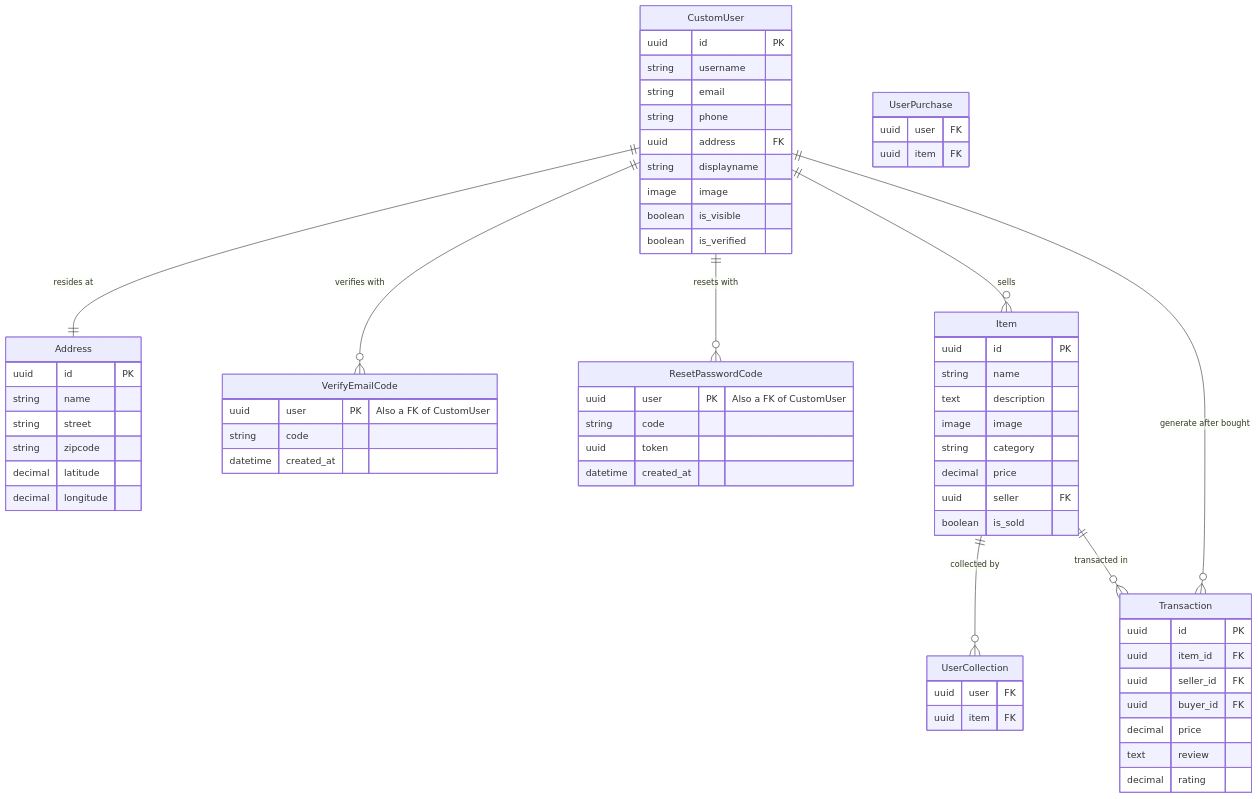
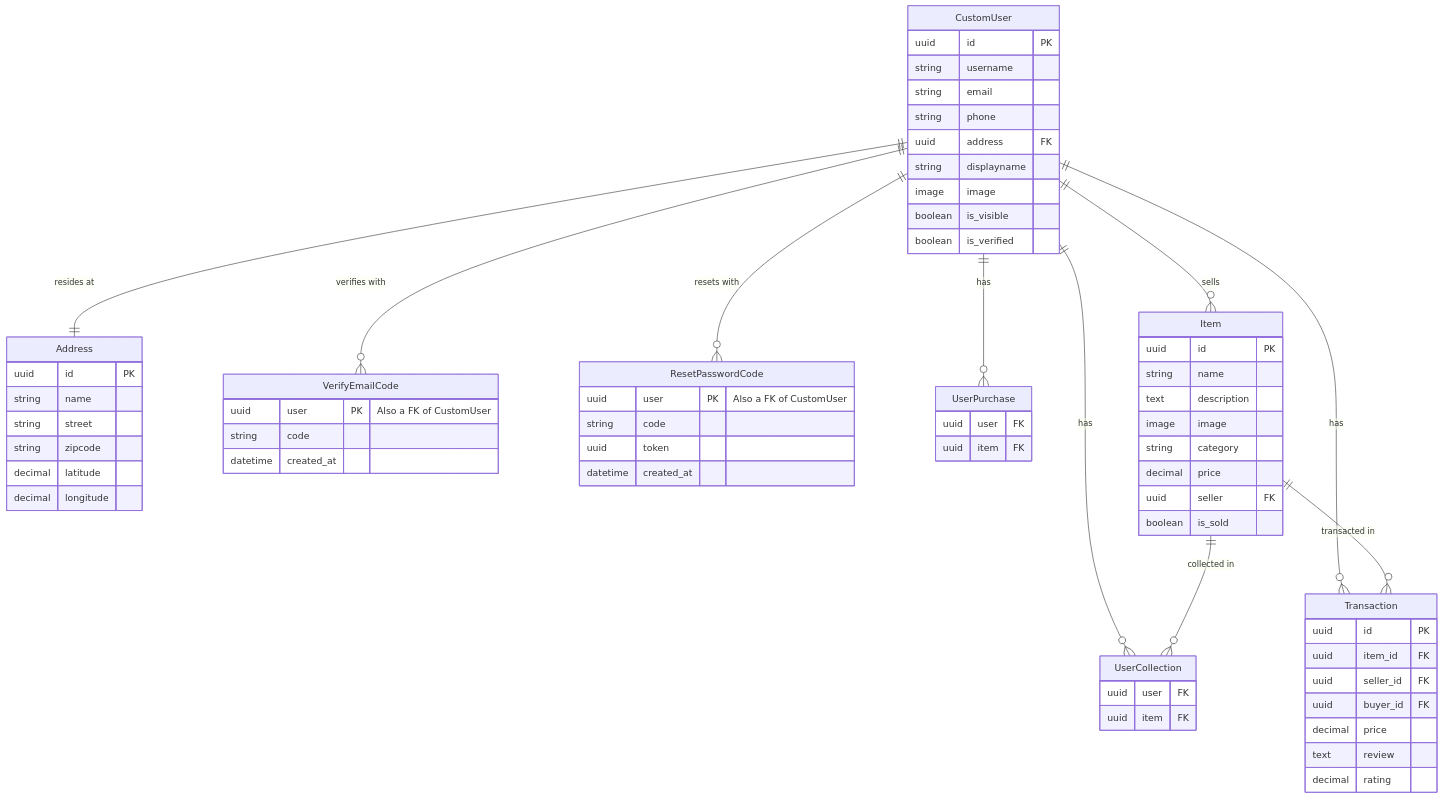
The diagram in Documentation.md (cs421sp24-homework/project-team-05), drawn with Mermaid before and after one commit.

Commit message:
update ERD

````diff
--- a/Documentation.md
+++ b/Documentation.md
@@ -57,77 +57,79 @@
 ```mermaid 
 erDiagram
-    CustomUser {
-        uuid id PK
-        string username
-        string email
-        string phone
-        uuid address FK
-        string displayname
-        image image
-        boolean is_visible
-        boolean is_verified
-    }
-
     Address {
         uuid id PK
         string name
         string street
         string zipcode
         decimal latitude
         decimal longitude
     }
 
     VerifyEmailCode {
         uuid user PK "Also a FK of CustomUser"
         string code
         datetime created_at
     }
 
     ResetPasswordCode {
         uuid user PK "Also a FK of CustomUser"
         string code
         uuid token
         datetime created_at
+    }
+
+    CustomUser {
+        uuid id PK
+        string username
+        string email
+        string phone
+        uuid address FK
+        string displayname
+        image image
+        boolean is_visible
+        boolean is_verified
     }
 
     UserCollection {
         uuid user FK
         uuid item FK
     }
 
     UserPurchase {
         uuid user FK
         uuid item FK
     }
 
     Item {
         uuid id PK
         string name
         text description
         image image
         string category
         decimal price
         uuid seller FK
         boolean is_sold
     }
 
     Transaction {
         uuid id PK
         uuid item_id FK
         uuid seller_id FK
         uuid buyer_id FK
         decimal price
         text review
         decimal rating
     }
 
     CustomUser ||--|| Address : "resides at"
     CustomUser ||--o{ VerifyEmailCode : "verifies with"
     CustomUser ||--o{ ResetPasswordCode : "resets with"
     CustomUser ||--o{ Item : "sells"
-    CustomUser ||--o{ Transaction : "generate after bought"
-    Item ||--o{ UserCollection : "collected by"
+    CustomUser ||--o{ Transaction : "has"
+    CustomUser ||--o{ UserPurchase : "has"
+    CustomUser ||--o{ UserCollection : "has"
+    Item ||--o{ UserCollection : "collected in"
     Item ||--o{ Transaction : "transacted in"
 
 
 ```
````
